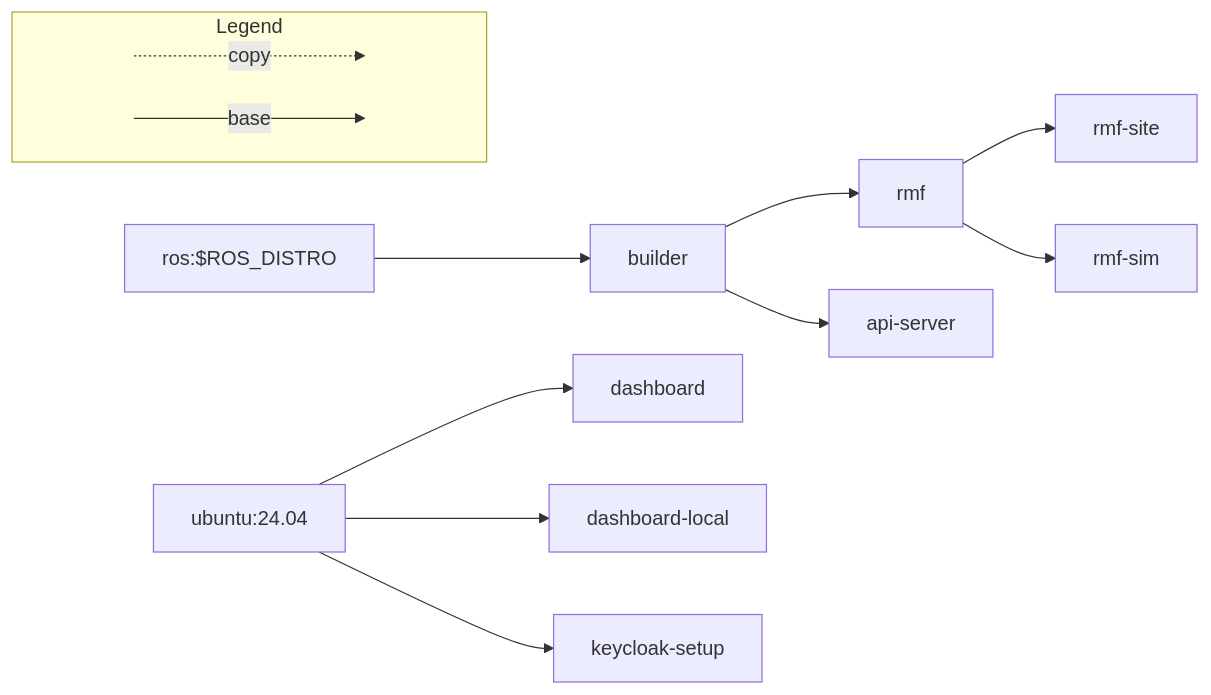
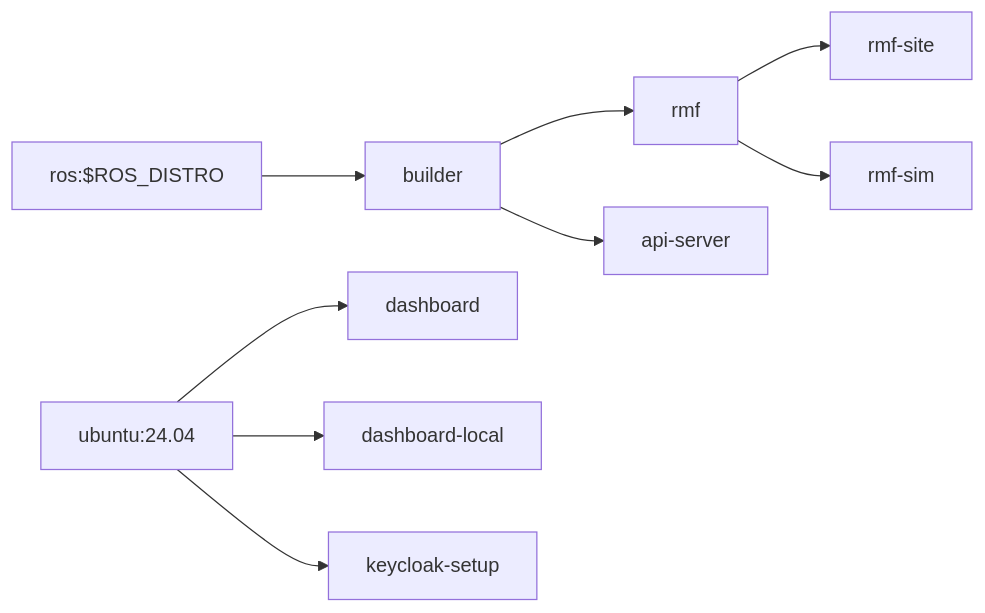
Before and after one commit to open-rmf/rmf_deployment_template: the diagram in README.md, drawn with Mermaid.

Commit message:
cleanup readme for clear differences between prod and local test deployment

````diff
--- a/README.md
+++ b/README.md
@@ -40,20 +40,11 @@
 ```mermaid
 flowchart LR
-    subgraph Legend
-      direction LR
-      start1[ ] -..->|copy| stop1[ ]
-      start2[ ] --->|base| stop2[ ]
-      style start1 height:0px;
-      style stop1 height:0px;
-      style start2 height:0px;
-      style stop2 height:0px;
-    end
     ros:$ROS_DISTRO --> builder
     builder --> rmf
     builder --> api-server
     rmf --> rmf-site
     rmf --> rmf-sim
     ubuntu:24.04 --> dashboard
     ubuntu:24.04 --> dashboard-local
     ubuntu:24.04 --> keycloak-setup
 ```
````
